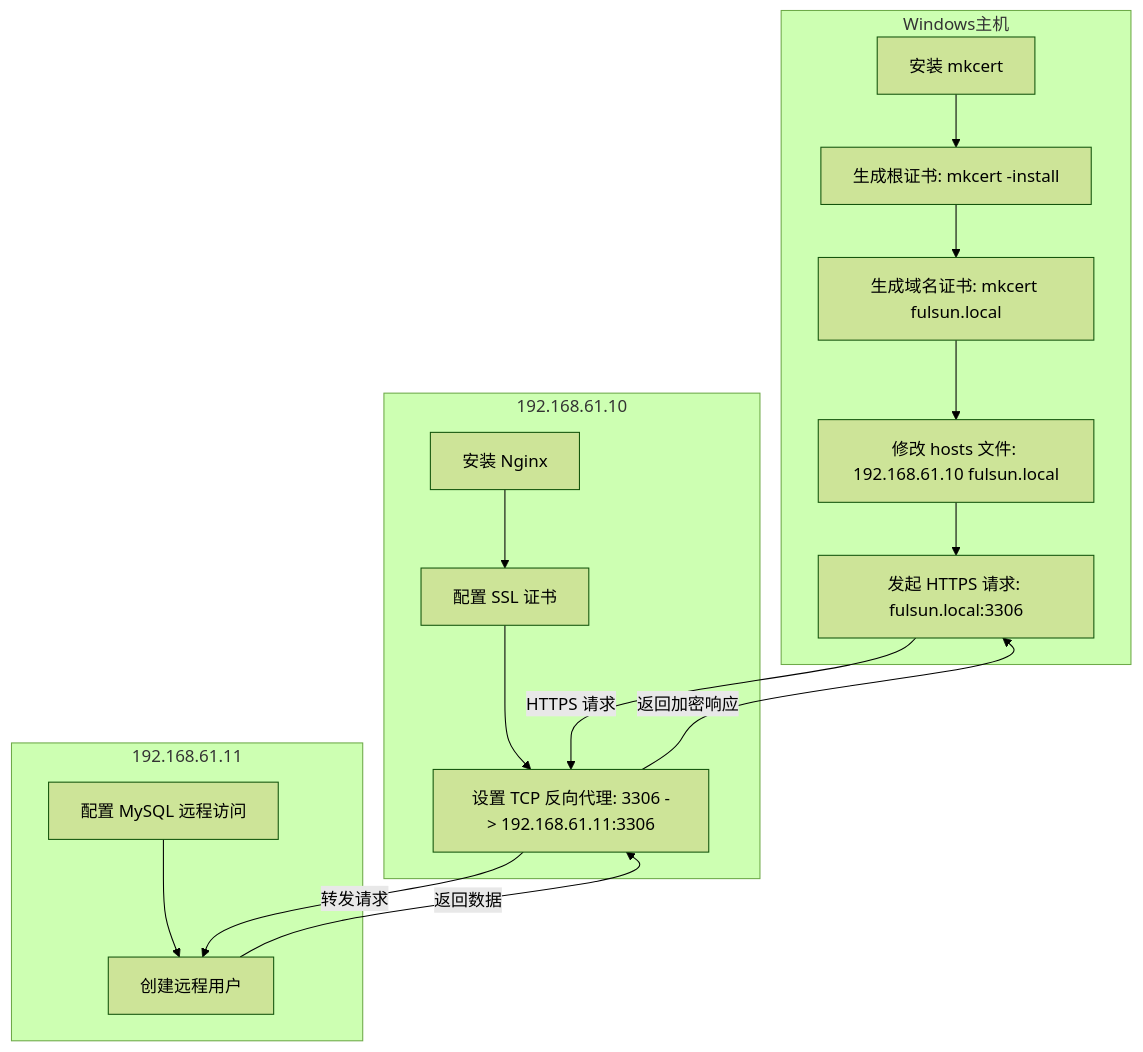
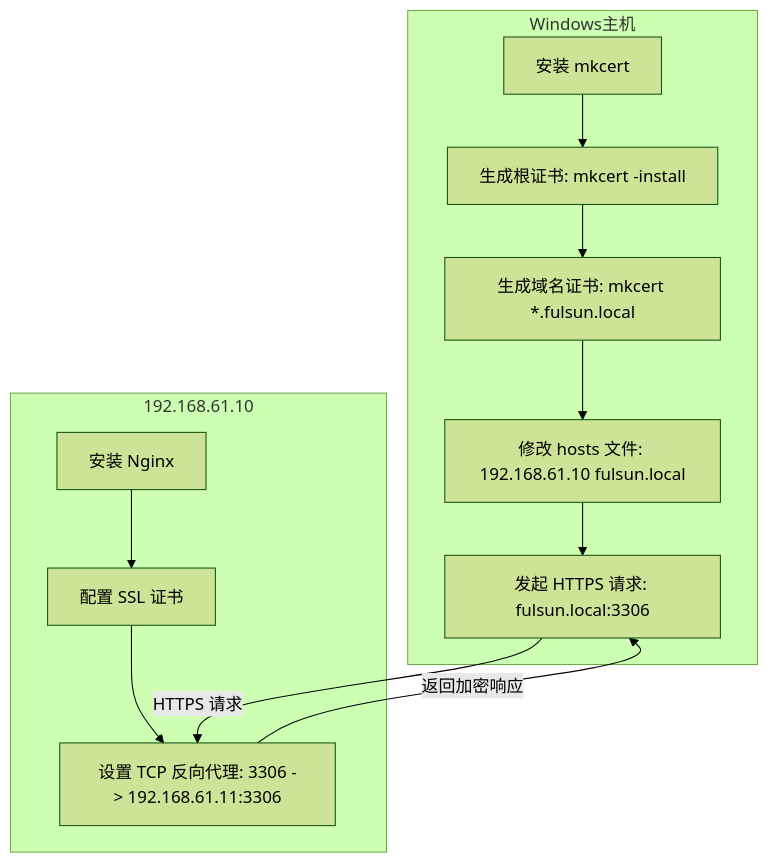
Before and after one commit to sun6145/sun6145.github.io: the diagram in source/_posts/bc1608c9650c48c18aa9645965717a04.md, drawn with Mermaid (forest theme). The commit also changed other lines of this file and 7 other files, not shown here.

````diff
--- a/source/_posts/bc1608c9650c48c18aa9645965717a04.md
+++ b/source/_posts/bc1608c9650c48c18aa9645965717a04.md
@@ -105,23 +130,18 @@
 ```mermaid
 flowchart TD
     subgraph Windows主机
         A[安装 mkcert] --> B[生成根证书: mkcert -install]
-        B --> C[生成域名证书: mkcert fulsun.local]
+        B --> C[生成域名证书: mkcert *.fulsun.local]
         C --> D[修改 hosts 文件: 192.168.61.10 fulsun.local]
         D --> E[发起 HTTPS 请求: fulsun.local:3306]
     end
 
     subgraph Nginx虚拟机[192.168.61.10]
         F[安装 Nginx] --> G[配置 SSL 证书]
         G --> H[设置 TCP 反向代理: 3306 -> 192.168.61.11:3306]
     end
 
-    subgraph MySQL虚拟机[192.168.61.11]
-        I[配置 MySQL 远程访问] --> J[创建远程用户]
-    end
 
     E -->|HTTPS 请求| H
-    H -->|转发请求| J
-    J -->|返回数据| H
     H -->|返回加密响应| E
 ```
````
